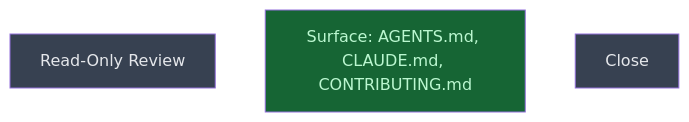
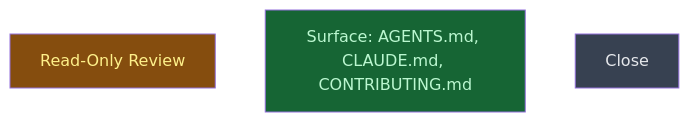
The diagram in __roadmap__/dev_plugin/integrate/README.md (CrackingShells/colgrep-mcp), drawn with Mermaid before and after one commit. The commit also changed other lines of this file and 1 other file, not shown here.

Commit message:
docs(roadmap): mark integrate/review in progress

````diff
--- a/__roadmap__/dev_plugin/integrate/README.md
+++ b/__roadmap__/dev_plugin/integrate/README.md
@@ -17,11 +17,11 @@
 ```mermaid
 graph TD
-    review[Read-Only Review]:::planned
+    review[Read-Only Review]:::inprogress
     surface[Surface: AGENTS.md, CLAUDE.md, CONTRIBUTING.md]:::done
     close[Close]:::planned
     classDef done       fill:#166534,color:#bbf7d0
     classDef inprogress fill:#854d0e,color:#fef08a
     classDef planned    fill:#374151,color:#e5e7eb
     classDef amendment  fill:#1e3a5f,color:#bfdbfe
     classDef blocked    fill:#7f1d1d,color:#fecaca
 ```
````
